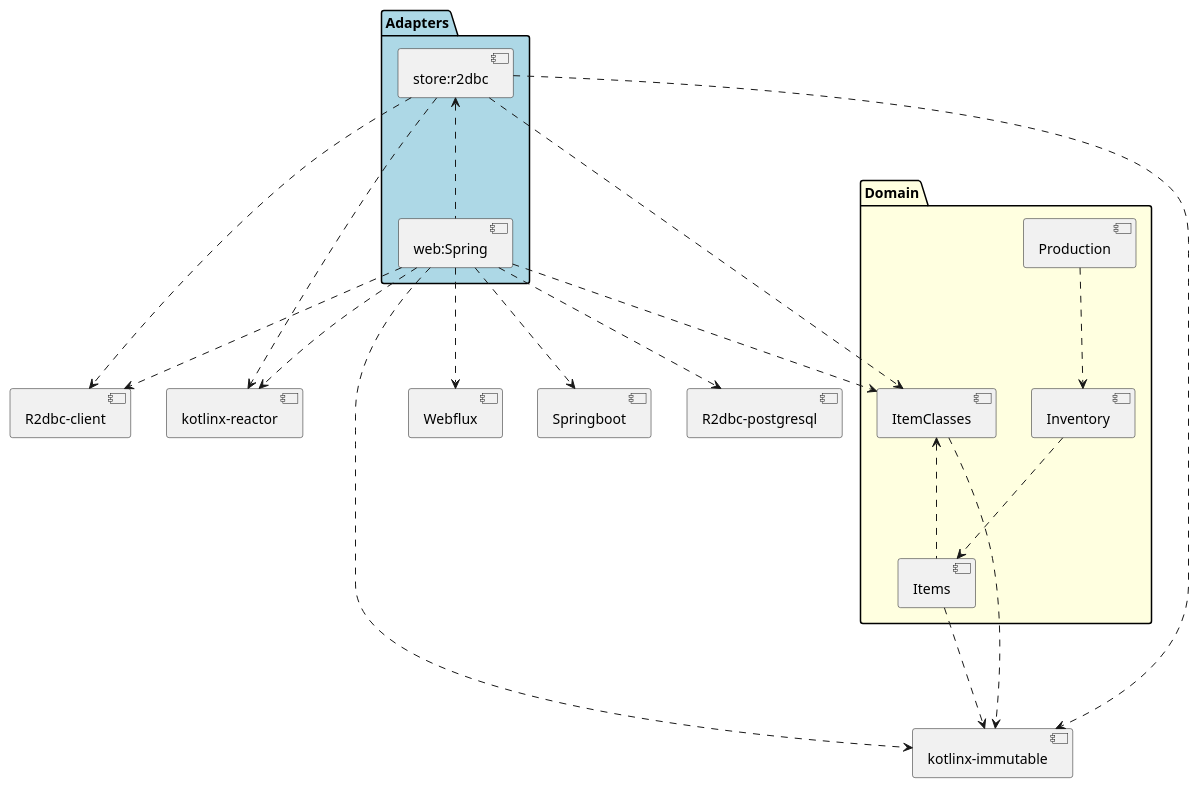
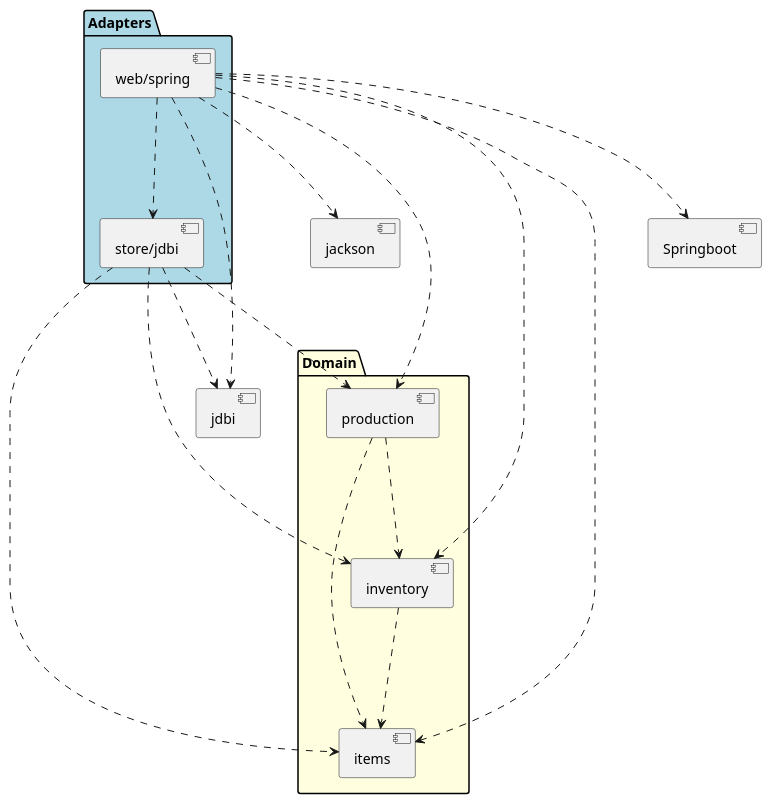
Before and after one commit to maciejmalecki/inventory: the diagram in doc/dia/zerodependency.puml, drawn with PlantUML. The commit also changed 3 other files, not shown here.

```diff
--- a/doc/dia/zerodependency.puml
+++ b/doc/dia/zerodependency.puml
@@ -1,38 +1,35 @@
 @startuml
 
-[R2dbc-client] as r2dbc
-[R2dbc-postgresql] as psql
-[kotlinx-immutable] as immutable
-[Webflux]
-[Springboot]
-[kotlinx-reactor] as reactor
+[Springboot] as springboot
+[jdbi]
+[jackson]
 
 package "Domain" #lightyellow {
-    [ItemClasses] <... [Items]
-    [Inventory] ...> [Items]
-    [Production] ...> [Inventory]
+    [items]
+    [inventory]
+        inventory ...> items
+    [production]
+        production ...> items
+        production ...> inventory
 }
 
+
 package "Adapters" #lightblue {
-    [store:r2dbc] as storer2dbc
-    [web:Spring] as Spring
+    [store/jdbi] as store_jdbi
+        store_jdbi ...> items
+        store_jdbi ...> inventory
+        store_jdbi ...> production
+        store_jdbi ...> jdbi
+
+    [web/spring] as web_spring
+        web_spring ...> items
+        web_spring ...> inventory
+        web_spring ...> production
+        web_spring ...> store_jdbi
+        web_spring ...> springboot
+        web_spring ...> jackson
+        web_spring ...> jdbi
 }
 
-storer2dbc <... Spring
 
-ItemClasses ...> immutable
-Items ...> immutable
-
-storer2dbc ...> ItemClasses
-storer2dbc ...> r2dbc
-storer2dbc ...> immutable
-storer2dbc ...> reactor
-
-Spring ...> ItemClasses
-Spring ...> psql
-Spring ...> r2dbc
-Spring ...> Webflux
-Spring ...> Springboot
-Spring ...> immutable
-Spring ...> reactor
 @enduml
```
